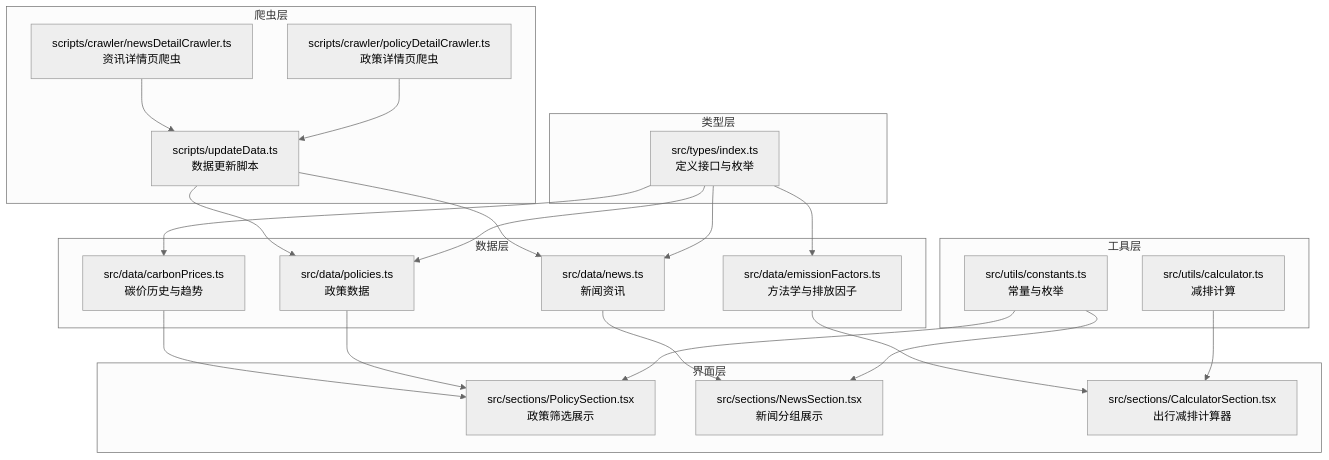
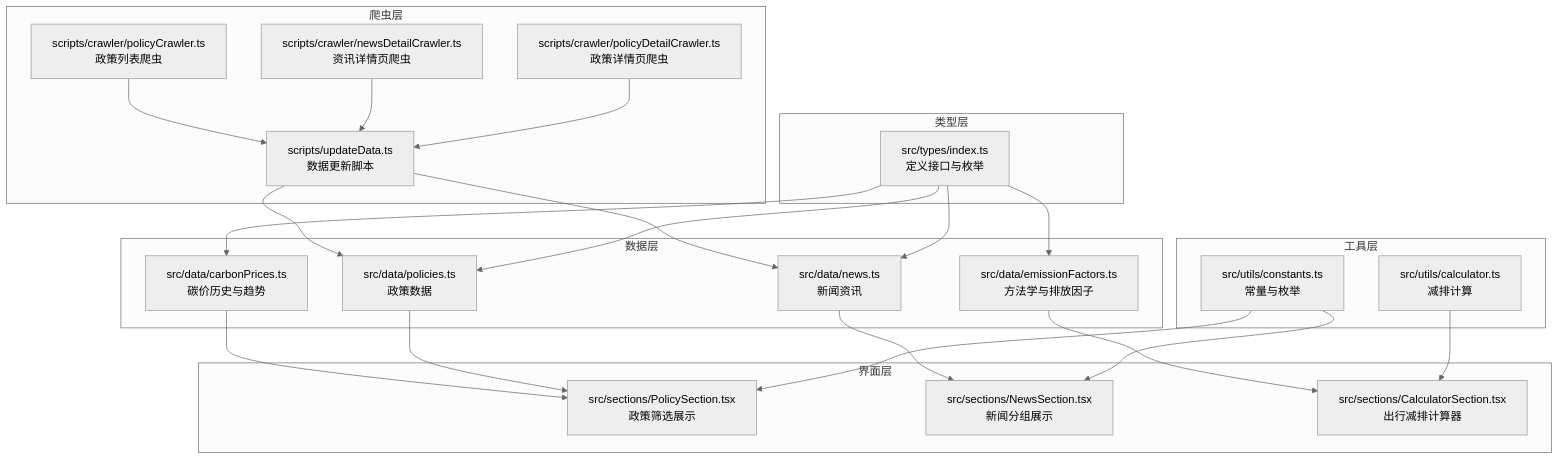
The first of 6 diagrams in .qoder/repowiki/zh/content/数据管理/数据模型定义.md (liangxuanliang-cmd/carbon-info-agent), drawn with Mermaid (neutral theme) before and after one commit. The commit also changed other lines of this file and 5 other files, not shown here.

````diff
--- a/.qoder/repowiki/zh/content/数据管理/数据模型定义.md
+++ b/.qoder/repowiki/zh/content/数据管理/数据模型定义.md
@@ -52,41 +53,43 @@
 ```mermaid
 graph TB
 subgraph "类型层"
 T1["src/types/index.ts<br/>定义接口与枚举"]
 end
 subgraph "数据层"
 D1["src/data/policies.ts<br/>政策数据"]
 D2["src/data/emissionFactors.ts<br/>方法学与排放因子"]
 D3["src/data/news.ts<br/>新闻资讯"]
 D4["src/data/carbonPrices.ts<br/>碳价历史与趋势"]
 end
 subgraph "爬虫层"
 C1["scripts/crawler/policyDetailCrawler.ts<br/>政策详情页爬虫"]
 C2["scripts/crawler/newsDetailCrawler.ts<br/>资讯详情页爬虫"]
 C3["scripts/updateData.ts<br/>数据更新脚本"]
+C4["scripts/crawler/policyCrawler.ts<br/>政策列表爬虫"]
 end
 subgraph "工具层"
 U1["src/utils/constants.ts<br/>常量与枚举"]
 U2["src/utils/calculator.ts<br/>减排计算"]
 end
 subgraph "界面层"
 V1["src/sections/PolicySection.tsx<br/>政策筛选展示"]
 V2["src/sections/NewsSection.tsx<br/>新闻分组展示"]
 V3["src/sections/CalculatorSection.tsx<br/>出行减排计算器"]
 end
 T1 --> D1
 T1 --> D2
 T1 --> D3
 T1 --> D4
 C1 --> C3
 C2 --> C3
+C4 --> C3
 C3 --> D1
 C3 --> D3
 U1 --> V1
 U1 --> V2
 U2 --> V3
 D1 --> V1
 D2 --> V3
 D3 --> V2
 D4 --> V1
 ```
````
